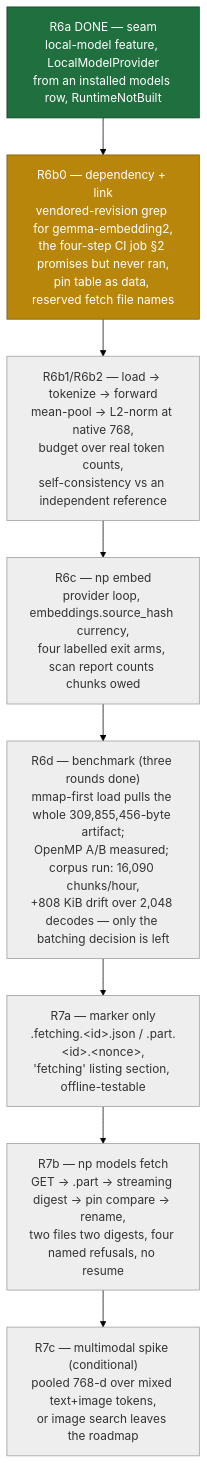
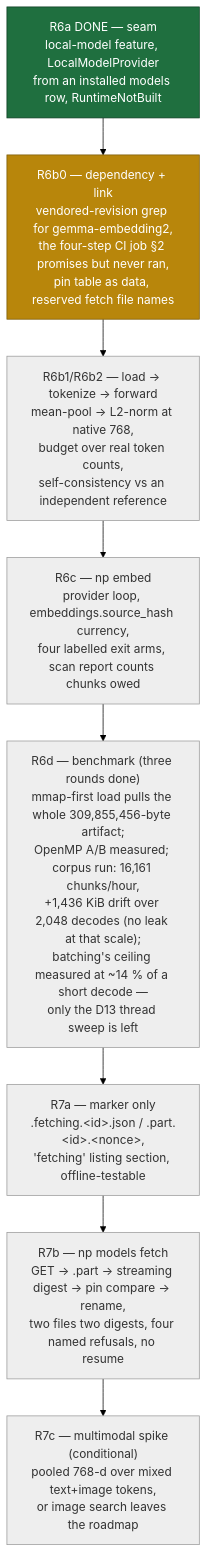
Before and after one commit to Ex-Bot-01/note-processor: the third of 3 diagrams in docs/plan-2026-10-28-state-and-roadmap.md, drawn with Mermaid (forest theme). The commit also changed 5 other files, not shown here.

````diff
--- a/docs/plan-2026-10-28-state-and-roadmap.md
+++ b/docs/plan-2026-10-28-state-and-roadmap.md
@@ -114,20 +114,20 @@
 ```mermaid
 flowchart TD
     A["R6a DONE — seam<br/>local-model feature, LocalModelProvider<br/>from an installed models row, RuntimeNotBuilt"]
     B["R6b0 — dependency + link<br/>vendored-revision grep for gemma-embedding2,<br/>the four-step CI job §2 promises but never ran,<br/>pin table as data, reserved fetch file names"]
     C["R6b1/R6b2 — load → tokenize → forward<br/>mean-pool → L2-norm at native 768,<br/>budget over real token counts,<br/>self-consistency vs an independent reference"]
     D["R6c — np embed<br/>provider loop, embeddings.source_hash currency,<br/>four labelled exit arms, scan report counts chunks owed"]
-    E["R6d — benchmark (three rounds done)<br/>mmap-first load pulls the whole 309,855,456-byte artifact;<br/>OpenMP A/B measured; corpus run: 16,090 chunks/hour,<br/>+808 KiB drift over 2,048 decodes — only the batching decision is left"]
+    E["R6d — benchmark (three rounds done)<br/>mmap-first load pulls the whole 309,855,456-byte artifact;<br/>OpenMP A/B measured; corpus run: 16,161 chunks/hour,<br/>+1,436 KiB drift over 2,048 decodes (no leak at that scale);<br/>batching's ceiling measured at ~14 % of a short decode —<br/>only the D13 thread sweep is left"]
     F["R7a — marker only<br/>.fetching.&lt;id&gt;.json / .part.&lt;id&gt;.&lt;nonce&gt;,<br/>'fetching' listing section, offline-testable"]
     G["R7b — np models fetch<br/>GET → .part → streaming digest → pin compare → rename,<br/>two files two digests, four named refusals, no resume"]
     H["R7c — multimodal spike (conditional)<br/>pooled 768-d over mixed text+image tokens,<br/>or image search leaves the roadmap"]
 
     A --> B --> C --> D --> E --> F --> G --> H
 
     classDef done fill:#1f6f3f,color:#fff,stroke:#0d3d22
     classDef next fill:#b8860b,color:#fff,stroke:#7a5a08
     classDef todo fill:#eee,stroke:#999,color:#333
     class A done
     class B next
     class C,D,E,F,G,H todo
 ```
````
